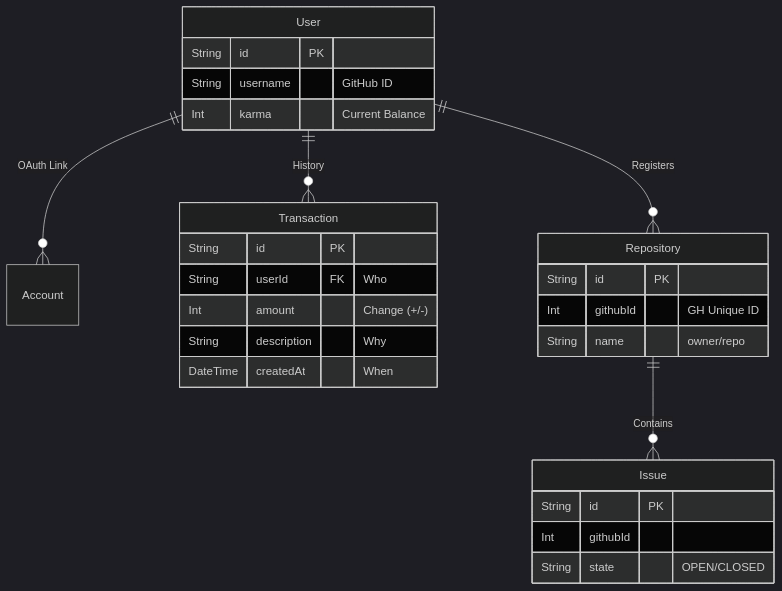
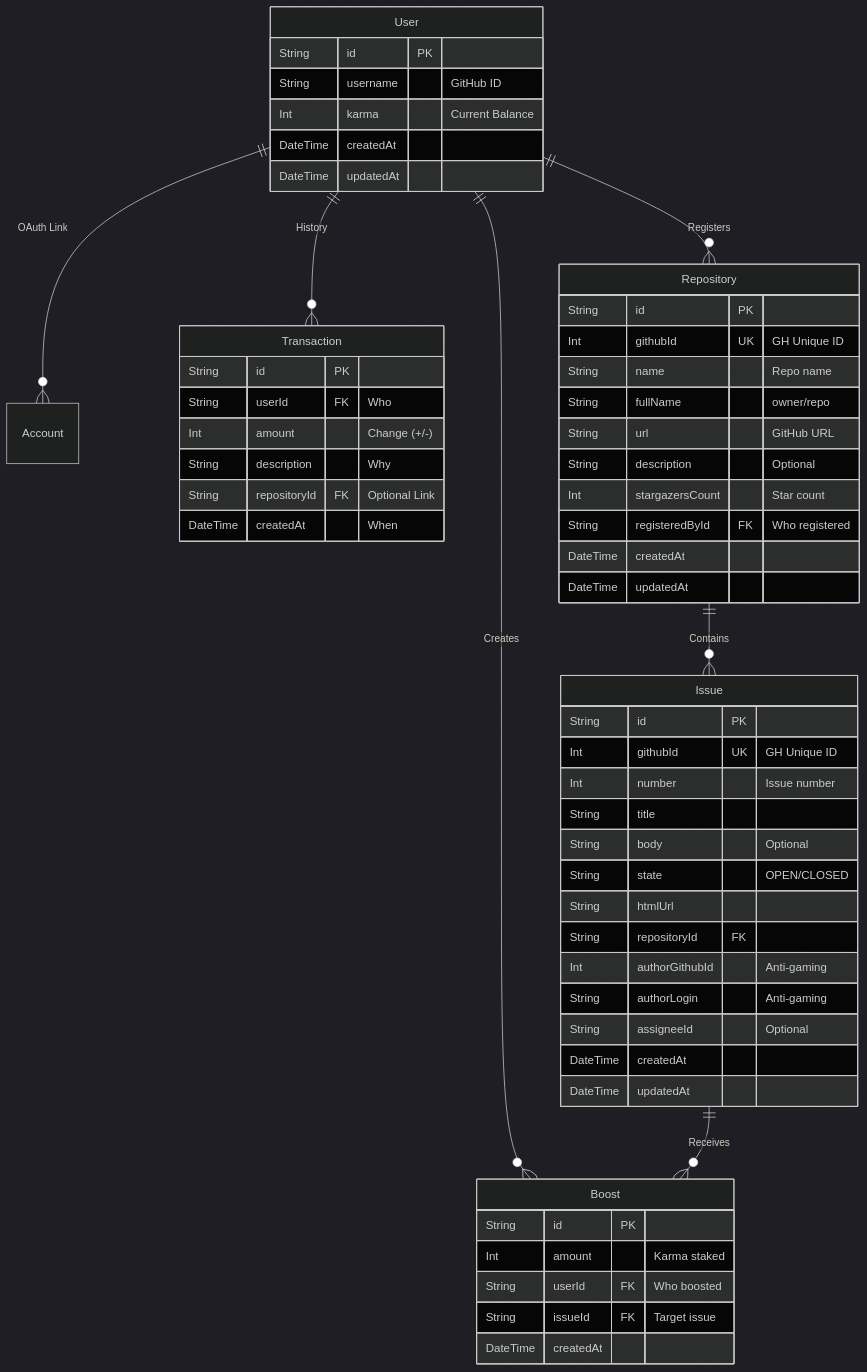
The diagram in docs/architecture/03-database-design.md (rikutoyamada01/git-givers), drawn with Mermaid (dark theme) before and after one commit. The commit also changed other lines of this file and 10 other files, not shown here.

First line of the commit message:
docs: organize and update planning and architecture documentation

````diff
--- a/docs/architecture/03-database-design.md
+++ b/docs/architecture/03-database-design.md
@@ -10,33 +10,63 @@
 ```mermaid
 erDiagram
     User ||--o{ Account : "OAuth Link"
     User ||--o{ Transaction : "History"
     User ||--o{ Repository : "Registers"
+    User ||--o{ Boost : "Creates"
     Repository ||--o{ Issue : "Contains"
+    Issue ||--o{ Boost : "Receives"
 
     User {
         String id PK
         String username "GitHub ID"
         Int karma "Current Balance"
+        DateTime createdAt
+        DateTime updatedAt
     }
 
     Transaction {
         String id PK
         String userId FK "Who"
         Int amount "Change (+/-)"
         String description "Why"
+        String repositoryId FK "Optional Link"
         DateTime createdAt "When"
     }
 
     Repository {
         String id PK
-        Int githubId "GH Unique ID"
-        String name "owner/repo"
+        Int githubId UK "GH Unique ID"
+        String name "Repo name"
+        String fullName "owner/repo"
+        String url "GitHub URL"
+        String description "Optional"
+        Int stargazersCount "Star count"
+        String registeredById FK "Who registered"
+        DateTime createdAt
+        DateTime updatedAt
     }
 
     Issue {
         String id PK
-        Int githubId
+        Int githubId UK "GH Unique ID"
+        Int number "Issue number"
+        String title
+        String body "Optional"
         String state "OPEN/CLOSED"
+        String htmlUrl
+        String repositoryId FK
+        Int authorGithubId "Anti-gaming"
+        String authorLogin "Anti-gaming"
+        String assigneeId "Optional"
+        DateTime createdAt
+        DateTime updatedAt
+    }
+
+    Boost {
+        String id PK
+        Int amount "Karma staked"
+        String userId FK "Who boosted"
+        String issueId FK "Target issue"
+        DateTime createdAt
     }
 ```
````
